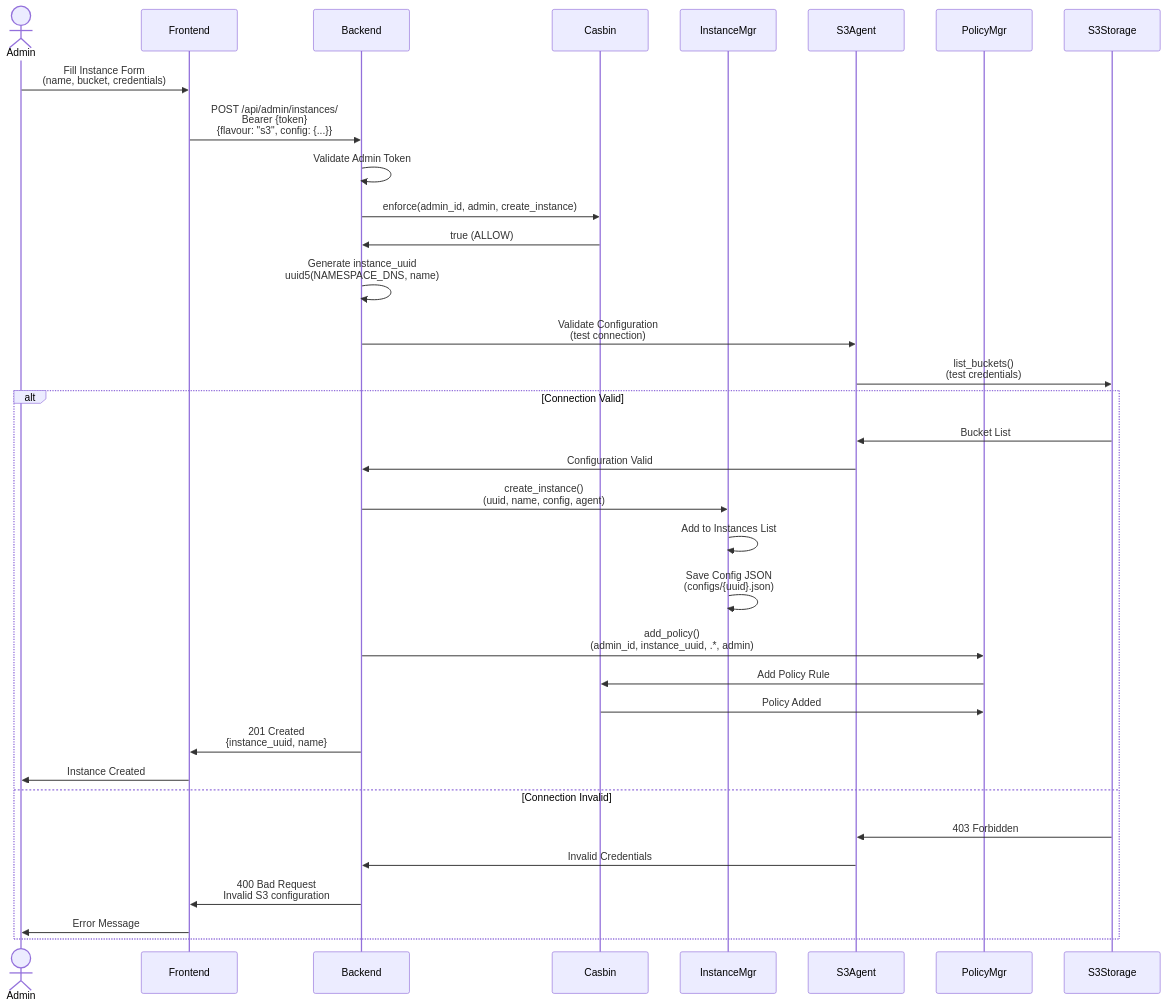
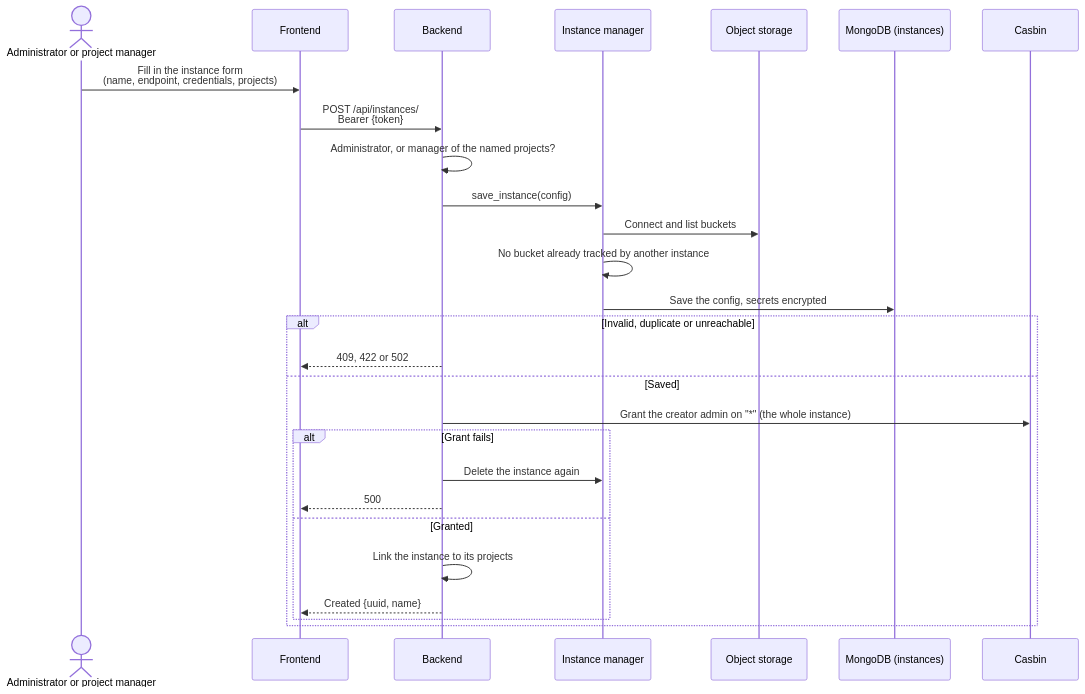
One commit to pmahon3/Data-Portal changed the fifth of 6 diagrams in docs/diagrams/sequence-storage-access.md. Above: the diagram before and after it, drawn with Mermaid. The commit also changed other lines of this file, not shown here.

First line of the commit message:
docs(diagrams): add the folder upload sequence and bring storage diagrams up to date

````diff
--- a/docs/diagrams/sequence-storage-access.md
+++ b/docs/diagrams/sequence-storage-access.md
@@ -168,47 +149,30 @@
 ```mermaid
 sequenceDiagram
-    actor Admin
+    actor Admin as Administrator or project manager
     participant Frontend
     participant Backend
+    participant InstanceMgr as Instance manager
+    participant S3 as Object storage
+    participant Mongo as MongoDB (instances)
     participant Casbin
-    participant InstanceMgr
-    participant S3Agent
-    participant PolicyMgr
 
-    Admin->>Frontend: Fill Instance Form<br/>(name, bucket, credentials)
-    Frontend->>Backend: POST /api/admin/instances/<br/>Bearer {token}<br/>{flavour: "s3", config: {...}}
-
-    Backend->>Backend: Validate Admin Token
-    Backend->>Casbin: enforce(admin_id, admin, create_instance)
-    Casbin->>Backend: true (ALLOW)
-
-    Backend->>Backend: Generate instance_uuid<br/>uuid5(NAMESPACE_DNS, name)
-
-    Backend->>S3Agent: Validate Configuration<br/>(test connection)
-
-    S3Agent->>S3Storage: list_buckets()<br/>(test credentials)
-
-    alt Connection Valid
-        S3Storage->>S3Agent: Bucket List
-        S3Agent->>Backend: Configuration Valid
-
-        Backend->>InstanceMgr: create_instance()<br/>(uuid, name, config, agent)
-
-        InstanceMgr->>InstanceMgr: Add to Instances List
-        InstanceMgr->>InstanceMgr: Save Config JSON<br/>(configs/{uuid}.json)
-
-        Backend->>PolicyMgr: add_policy()<br/>(admin_id, instance_uuid, .*, admin)
-
-        PolicyMgr->>Casbin: Add Policy Rule
-        Casbin->>PolicyMgr: Policy Added
-
-        Backend->>Frontend: 201 Created<br/>{instance_uuid, name}
-        Frontend->>Admin: Instance Created
-
-    else Connection Invalid
-        S3Storage->>S3Agent: 403 Forbidden
-        S3Agent->>Backend: Invalid Credentials
-        Backend->>Frontend: 400 Bad Request<br/>Invalid S3 configuration
-        Frontend->>Admin: Error Message
+    Admin->>Frontend: Fill in the instance form<br/>(name, endpoint, credentials, projects)
+    Frontend->>Backend: POST /api/instances/<br/>Bearer {token}
+    Backend->>Backend: Administrator, or manager of the named projects?
+    Backend->>InstanceMgr: save_instance(config)
+    InstanceMgr->>S3: Connect and list buckets
+    InstanceMgr->>InstanceMgr: No bucket already tracked by another instance
+    InstanceMgr->>Mongo: Save the config, secrets encrypted
+    alt Invalid, duplicate or unreachable
+        Backend-->>Frontend: 409, 422 or 502
+    else Saved
+        Backend->>Casbin: Grant the creator admin on "*" (the whole instance)
+        alt Grant fails
+            Backend->>InstanceMgr: Delete the instance again
+            Backend-->>Frontend: 500
+        else Granted
+            Backend->>Backend: Link the instance to its projects
+            Backend-->>Frontend: Created {uuid, name}
+        end
     end
 ```
````
